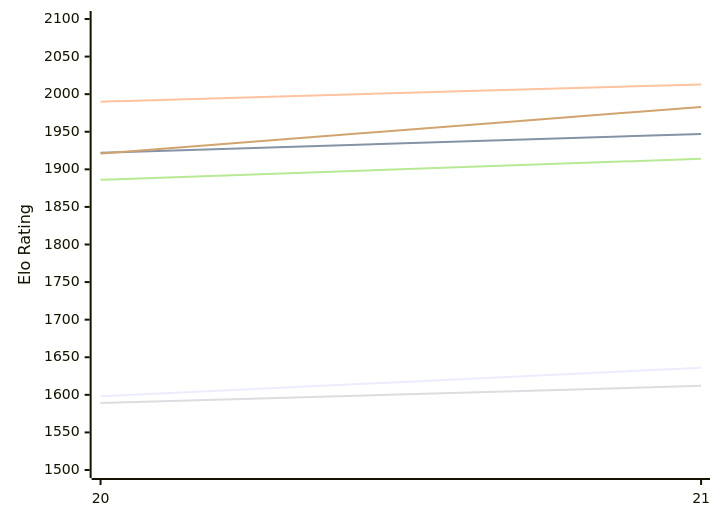
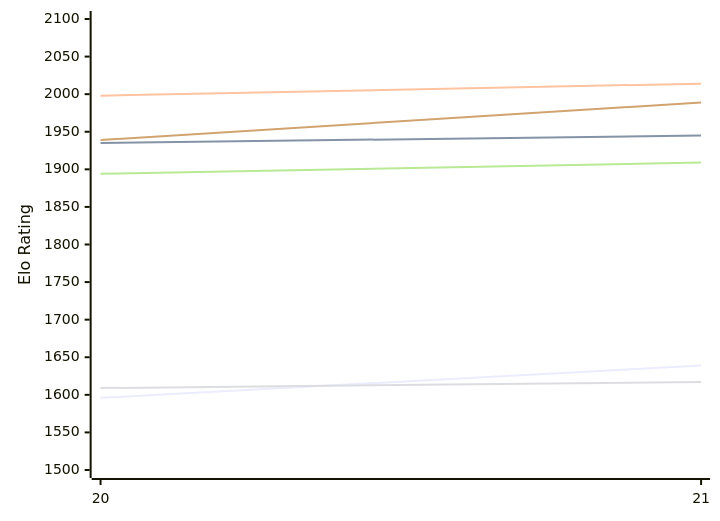
The first of 2 diagrams in engines/PurplePanda.md (computer-chess-index/cci), drawn with Mermaid before and after one commit. The commit also changed other lines of this file, not shown here.

Commit message:
Update CCI Ratings (ELO VLTC) - 2026-11-25

````diff
--- a/engines/PurplePanda.md
+++ b/engines/PurplePanda.md
@@ -50,12 +50,12 @@
 ```mermaid
 %%{init: {"theme":"base","themeVariables":{"seriesColors:['#a3a3a3','#222221','#faa371']}}}%%
 xychart-beta
   x-axis ["20", "21"]
   y-axis "Elo Rating" 1500 --> 2100
-  line "E1: STC (8.0+0.08s)" [1598, 1636]
-  line "E1: LTC (60.0+0.60s)" [1922, 1947]
-  line "E1: VLTC (2m24s+1.12s)" [1990, 2013]
-  line "P1: STC (8.0+0.08s)" [1589, 1612]
-  line "P1: LTC (60.0+0.60s)" [1886, 1914]
-  line "P1: VLTC (2m24s+1.12s)" [1921, 1983]
+  line "E1: STC (8.0+0.08s)" [1596, 1639]
+  line "E1: LTC (60.0+0.60s)" [1935, 1945]
+  line "E1: VLTC (2m24s+1.12s)" [1998, 2014]
+  line "P1: STC (8.0+0.08s)" [1609, 1617]
+  line "P1: LTC (60.0+0.60s)" [1894, 1909]
+  line "P1: VLTC (2m24s+1.12s)" [1939, 1989]
 ```
````
